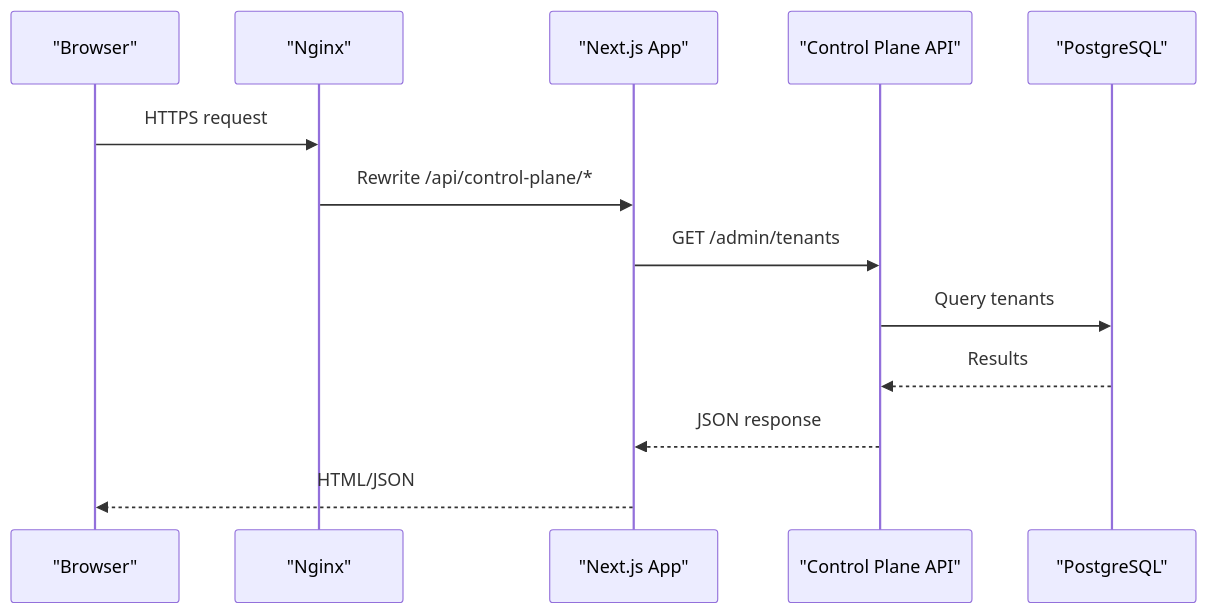
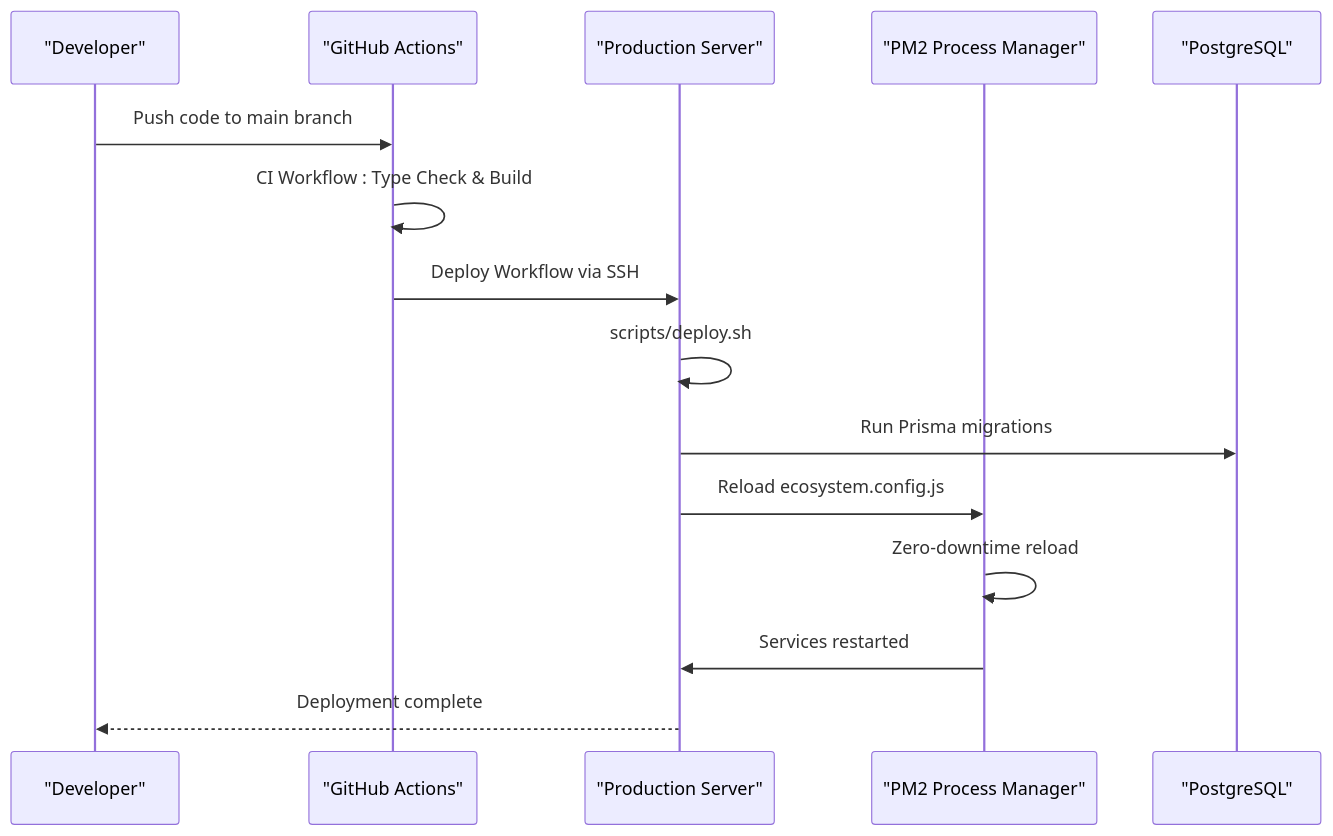
Before and after one commit to askchiwa-spec/FLOW-HQ-BOT: the second of 8 diagrams in .qoder/repowiki/en/content/Deployment Guide.md, drawn with Mermaid. The commit also changed other lines of this file and 27 other files, not shown here.

````diff
--- a/.qoder/repowiki/en/content/Deployment Guide.md
+++ b/.qoder/repowiki/en/content/Deployment Guide.md
@@ -120,15 +160,17 @@
 ```mermaid
 sequenceDiagram
-participant Client as "Browser"
-participant Nginx as "Nginx"
-participant Next as "Next.js App"
-participant CP as "Control Plane API"
+participant Dev as "Developer"
+participant GitHub as "GitHub Actions"
+participant Server as "Production Server"
+participant PM2 as "PM2 Process Manager"
 participant DB as "PostgreSQL"
-Client->>Nginx : HTTPS request
-Nginx->>Next : Rewrite /api/control-plane/*
-Next->>CP : GET /admin/tenants
-CP->>DB : Query tenants
-DB-->>CP : Results
-CP-->>Next : JSON response
-Next-->>Client : HTML/JSON
+Dev->>GitHub : Push code to main branch
+GitHub->>GitHub : CI Workflow : Type Check & Build
+GitHub->>Server : Deploy Workflow via SSH
+Server->>Server : scripts/deploy.sh
+Server->>DB : Run Prisma migrations
+Server->>PM2 : Reload ecosystem.config.js
+PM2->>PM2 : Zero-downtime reload
+PM2->>Server : Services restarted
+Server-->>Dev : Deployment complete
 ```
````
